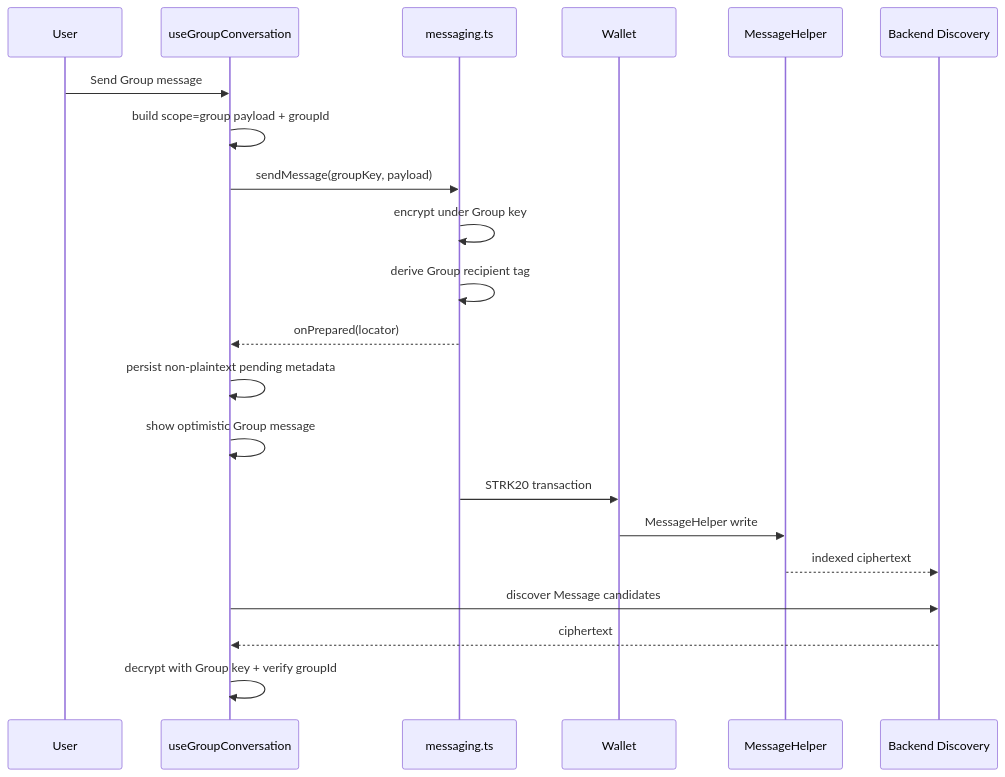
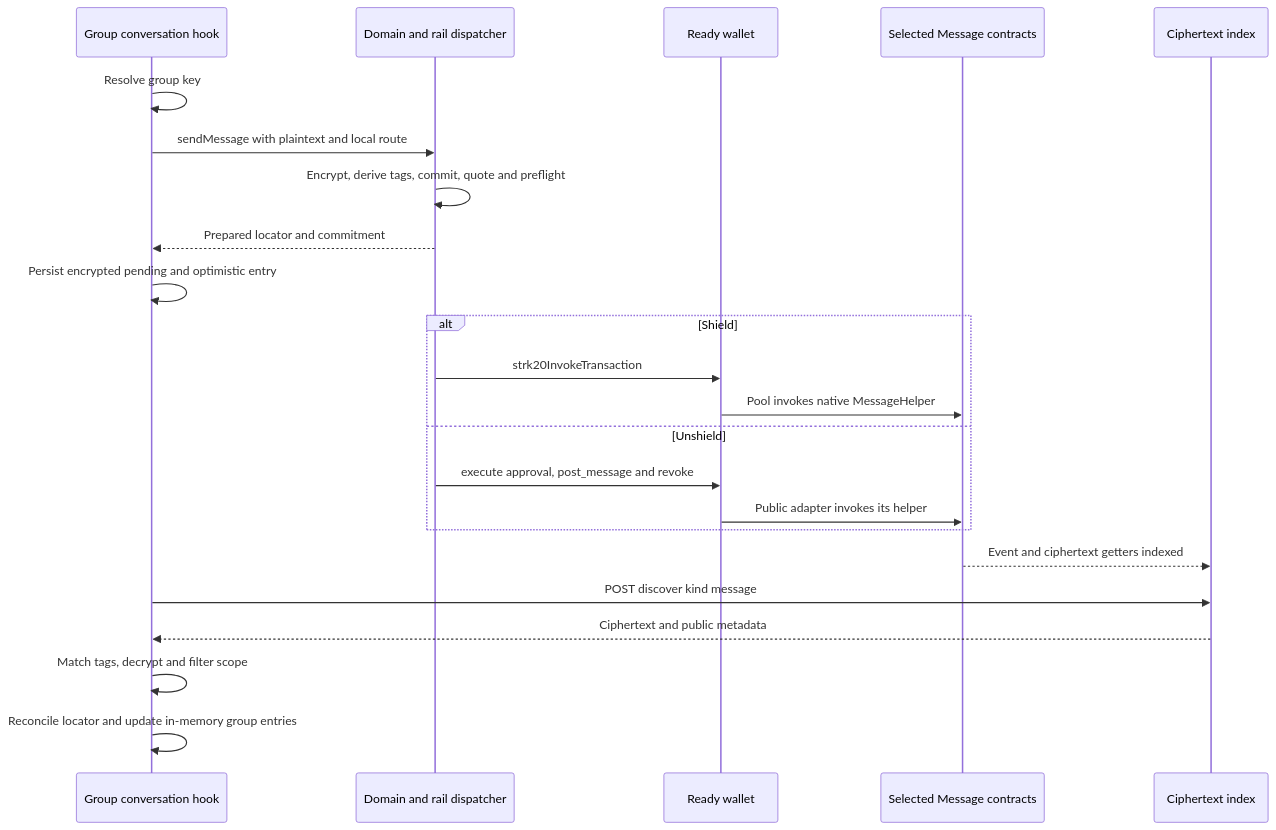
The fourth of 14 diagrams in docs/technical/frontend/application-flow.md (DXJLabs/vinss), drawn with Mermaid before and after one commit. The commit also changed other lines of this file and 8 other files, not shown here.

Commit message:
docs: refresh messaging architecture, code maps and Mermaid; verify Offer rails

````diff
--- a/docs/technical/frontend/application-flow.md
+++ b/docs/technical/frontend/application-flow.md
@@ -527,24 +526,25 @@
 ```mermaid
 sequenceDiagram
-    participant U as User
-    participant G as useGroupConversation
-    participant M as messaging.ts
-    participant W as Wallet
-    participant C as MessageHelper
-    participant I as Backend Discovery
-
-    U->>G: Send Group message
-    G->>G: build scope=group payload + groupId
-    G->>M: sendMessage(groupKey, payload)
-    M->>M: encrypt under Group key
-    M->>M: derive Group recipient tag
-    M-->>G: onPrepared(locator)
-    G->>G: persist non-plaintext pending metadata
-    G->>G: show optimistic Group message
-    M->>W: STRK20 transaction
-    W->>C: MessageHelper write
-    C-->>I: indexed ciphertext
-    G->>I: discover Message candidates
-    I-->>G: ciphertext
-    G->>G: decrypt with Group key + verify groupId
+    participant H as Group conversation hook
+    participant M as Domain and rail dispatcher
+    participant W as Ready wallet
+    participant C as Selected Message contracts
+    participant I as Ciphertext index
+    H->>H: Resolve group key
+    H->>M: sendMessage with plaintext and local route
+    M->>M: Encrypt, derive tags, commit, quote and preflight
+    M-->>H: Prepared locator and commitment
+    H->>H: Persist encrypted pending and optimistic entry
+    alt Shield
+        M->>W: strk20InvokeTransaction
+        W->>C: Pool invokes native MessageHelper
+    else Unshield
+        M->>W: execute approval, post_message and revoke
+        W->>C: Public adapter invokes its helper
+    end
+    C-->>I: Event and ciphertext getters indexed
+    H->>I: POST discover kind message
+    I-->>H: Ciphertext and public metadata
+    H->>H: Match tags, decrypt and filter scope
+    H->>H: Reconcile locator and update in-memory group entries
 ```
````
